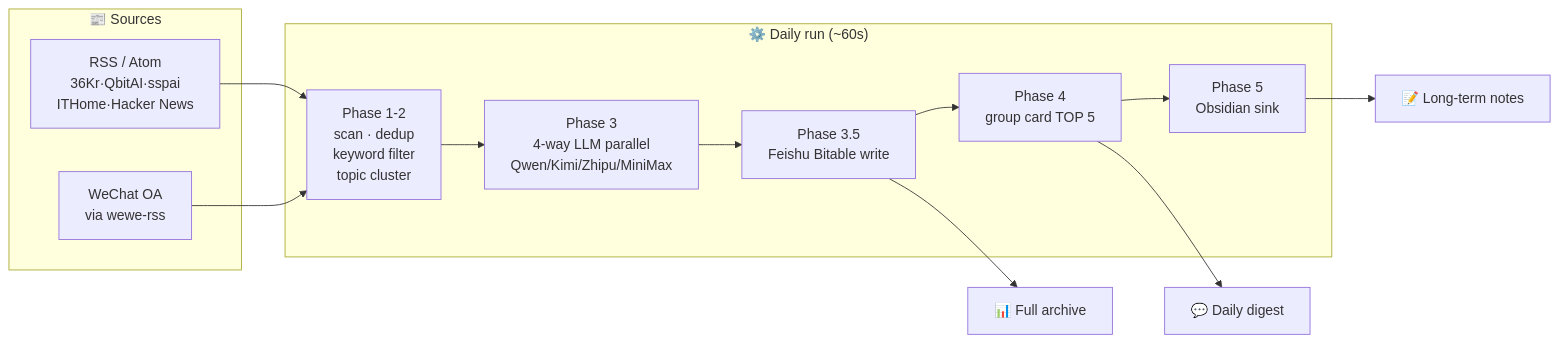
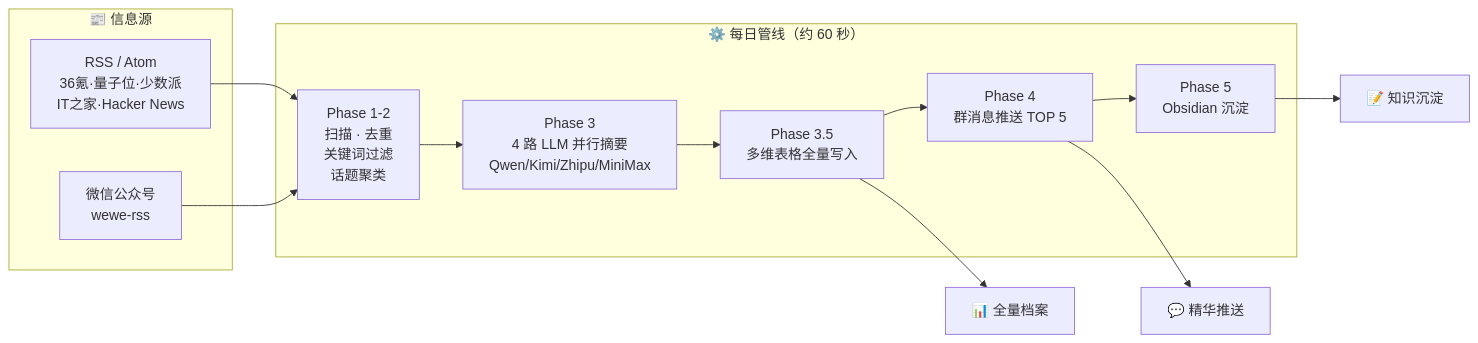
The diagram in README.md (davyzhong/DavyLinks), drawn with Mermaid before and after one commit. The commit also changed other lines of this file, not shown here.

````diff
--- a/README.md
+++ b/README.md
@@ -60,22 +62,22 @@
 ```mermaid
 flowchart LR
-    subgraph Sources["📰 Sources"]
-        RSS["RSS / Atom<br/>36Kr·QbitAI·sspai<br/>ITHome·Hacker News"]
-        WX["WeChat OA<br/>via wewe-rss"]
+    subgraph Sources["📰 信息源"]
+        RSS["RSS / Atom<br/>36氪·量子位·少数派<br/>IT之家·Hacker News"]
+        WX["微信公众号<br/>wewe-rss"]
     end
 
-    subgraph Pipeline["⚙️ Daily run (~60s)"]
-        A["Phase 1-2<br/>scan · dedup<br/>keyword filter<br/>topic cluster"]
-        B["Phase 3<br/>4-way LLM parallel<br/>Qwen/Kimi/Zhipu/MiniMax"]
-        C["Phase 3.5<br/>Feishu Bitable write"]
-        D["Phase 4<br/>group card TOP 5"]
-        E["Phase 5<br/>Obsidian sink"]
+    subgraph Pipeline["⚙️ 每日管线（约 60 秒）"]
+        A["Phase 1-2<br/>扫描 · 去重<br/>关键词过滤<br/>话题聚类"]
+        B["Phase 3<br/>4 路 LLM 并行摘要<br/>Qwen/Kimi/Zhipu/MiniMax"]
+        C["Phase 3.5<br/>多维表格全量写入"]
+        D["Phase 4<br/>群消息推送 TOP 5"]
+        E["Phase 5<br/>Obsidian 沉淀"]
         A --> B --> C --> D --> E
     end
 
     RSS --> A
     WX --> A
-    C --> T1["📊 Full archive"]
-    D --> T2["💬 Daily digest"]
-    E --> T3["📝 Long-term notes"]
+    C --> T1["📊 全量档案"]
+    D --> T2["💬 精华推送"]
+    E --> T3["📝 知识沉淀"]
 ```
````
